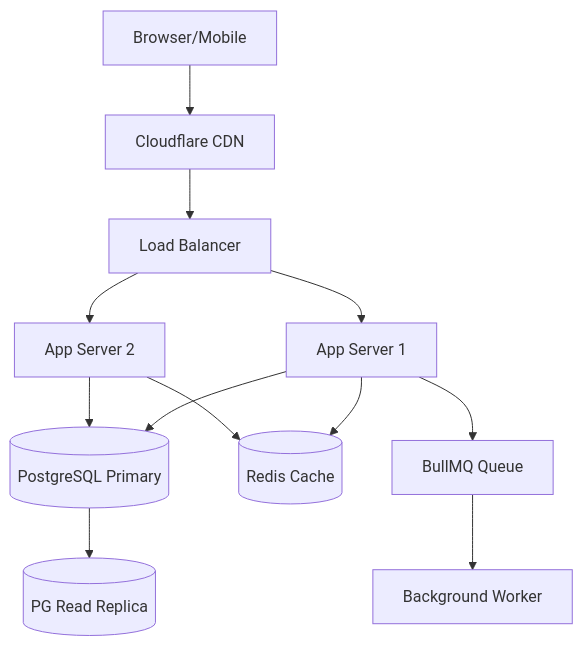
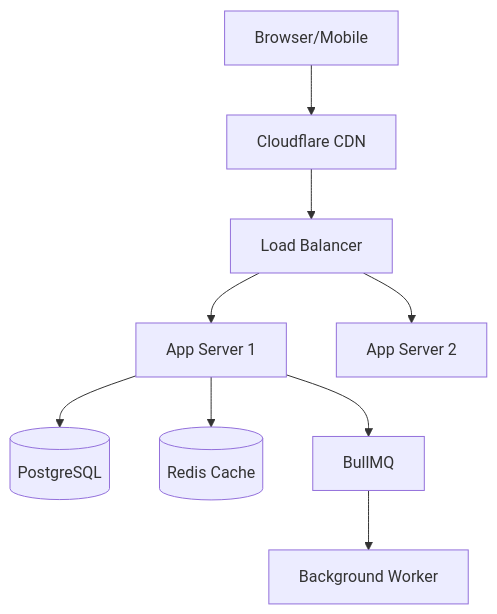
The diagram in .claude/agents/systems-architect.md (CXTNUCE98/AI-Agent-Web), drawn with Mermaid before and after one commit. The commit also changed other lines of this file and 26 other files, not shown here.

````diff
--- a/.claude/agents/systems-architect.md
+++ b/.claude/agents/systems-architect.md
@@ -59,14 +85,11 @@
 ```mermaid
 graph TB
   Client[Browser/Mobile] --> CDN[Cloudflare CDN]
   CDN --> LB[Load Balancer]
   LB --> App1[App Server 1]
   LB --> App2[App Server 2]
-  App1 --> PG[(PostgreSQL Primary)]
+  App1 --> PG[(PostgreSQL)]
   App1 --> Redis[(Redis Cache)]
-  App2 --> PG
-  App2 --> Redis
-  PG --> Replica[(PG Read Replica)]
-  App1 --> Queue[BullMQ Queue]
+  App1 --> Queue[BullMQ]
   Queue --> Worker[Background Worker]
 ```
````
